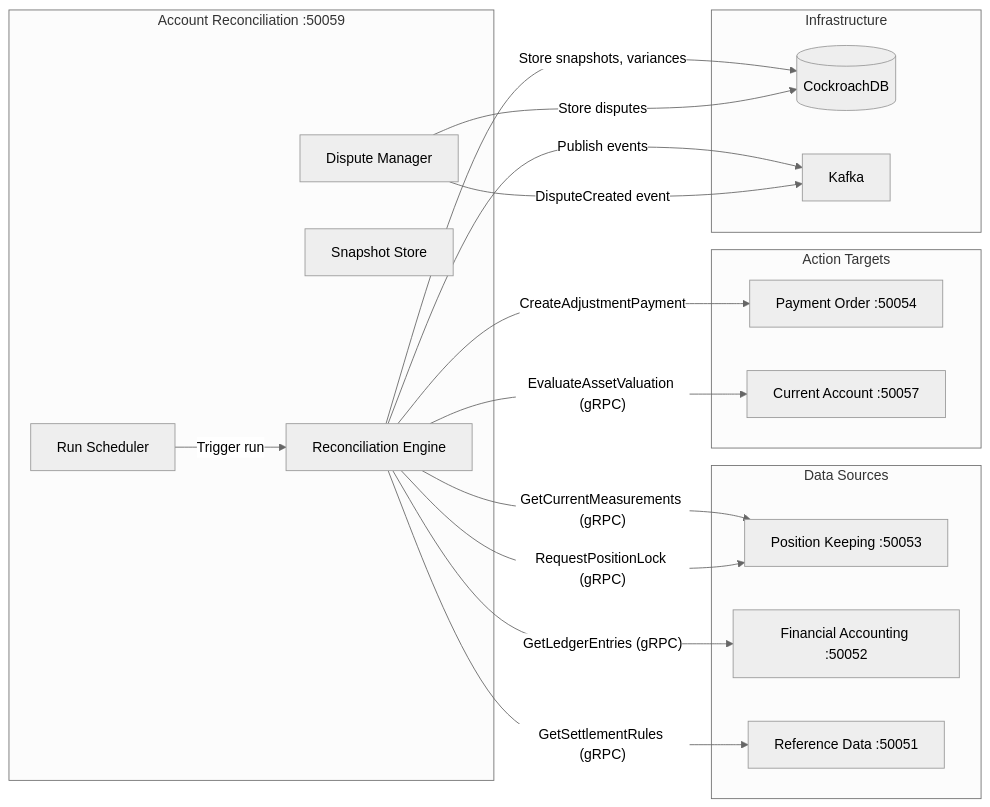
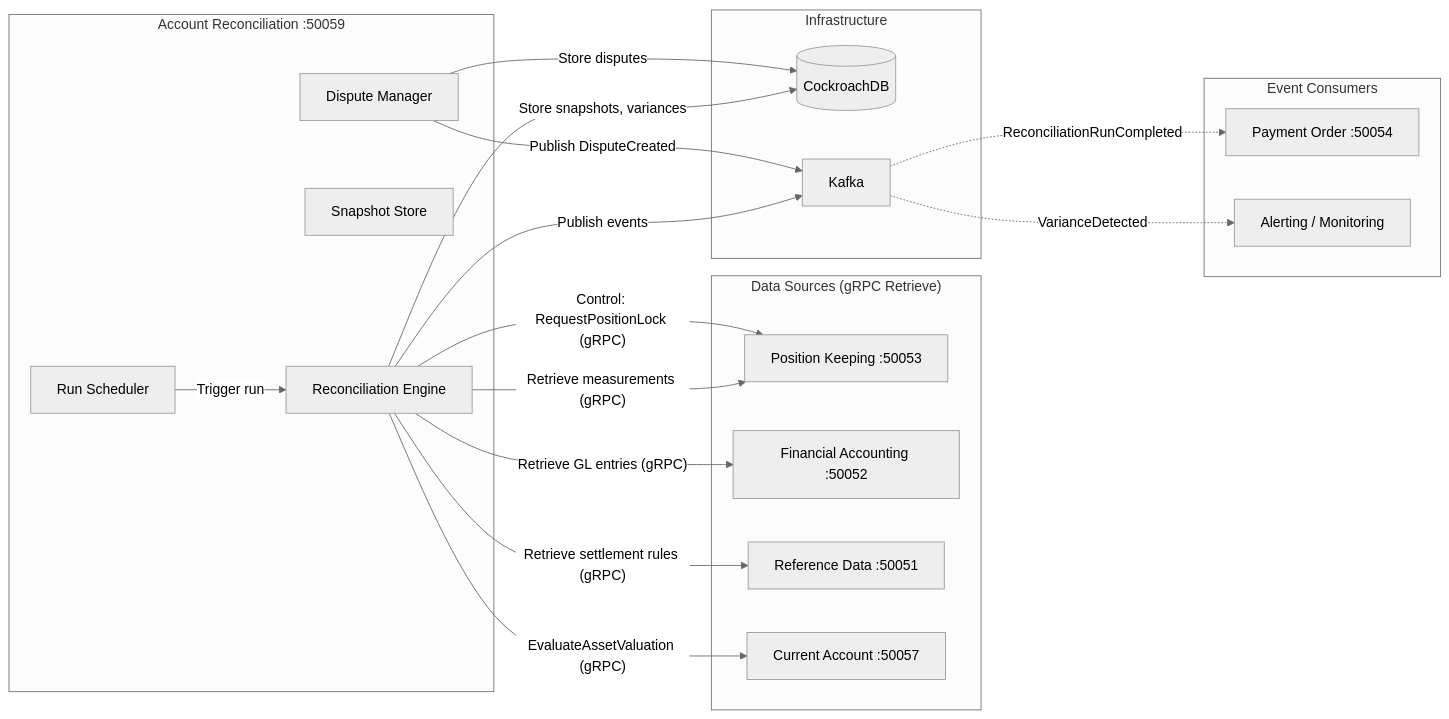
One commit to meridianhub/meridian changed the first of 3 diagrams in docs/prd/reconciliation-service.md. Above: the diagram before and after it, drawn with Mermaid (neutral theme). The commit also changed other lines of this file, not shown here.

First line of the commit message:
docs: strengthen BIAN alignment in reconciliation PRD

````diff
--- a/docs/prd/reconciliation-service.md
+++ b/docs/prd/reconciliation-service.md
@@ -172,38 +244,41 @@
 ```mermaid
 flowchart LR
     subgraph Reconciliation["Account Reconciliation :50059"]
         Scheduler["Run Scheduler"]
         Engine["Reconciliation Engine"]
         SnapshotStore["Snapshot Store"]
         DisputeMgr["Dispute Manager"]
     end
 
-    subgraph Upstream["Data Sources"]
+    subgraph Upstream["Data Sources (gRPC Retrieve)"]
         PK["Position Keeping :50053"]
         FA["Financial Accounting :50052"]
         RD["Reference Data :50051"]
+        CA["Current Account :50057"]
     end
 
-    subgraph Downstream["Action Targets"]
+    subgraph Downstream["Event Consumers"]
         PO["Payment Order :50054"]
-        CA["Current Account :50057"]
+        Alerting["Alerting / Monitoring"]
     end
 
     subgraph Infra["Infrastructure"]
         DB[("CockroachDB")]
         Kafka["Kafka"]
     end
 
     Scheduler -->|"Trigger run"| Engine
-    Engine -->|"GetCurrentMeasurements (gRPC)"| PK
-    Engine -->|"GetLedgerEntries (gRPC)"| FA
-    Engine -->|"GetSettlementRules (gRPC)"| RD
+    Engine -->|"Retrieve measurements (gRPC)"| PK
+    Engine -->|"Retrieve GL entries (gRPC)"| FA
+    Engine -->|"Retrieve settlement rules (gRPC)"| RD
     Engine -->|"EvaluateAssetValuation (gRPC)"| CA
-    Engine -->|"RequestPositionLock (gRPC)"| PK
-    Engine -->|"CreateAdjustmentPayment"| PO
+    Engine -->|"Control: RequestPositionLock (gRPC)"| PK
     Engine -->|"Store snapshots, variances"| DB
     Engine -->|"Publish events"| Kafka
 
+    Kafka -.->|"ReconciliationRunCompleted"| PO
+    Kafka -.->|"VarianceDetected"| Alerting
+
     DisputeMgr -->|"Store disputes"| DB
-    DisputeMgr -->|"DisputeCreated event"| Kafka
+    DisputeMgr -->|"Publish DisputeCreated"| Kafka
 ```
````
